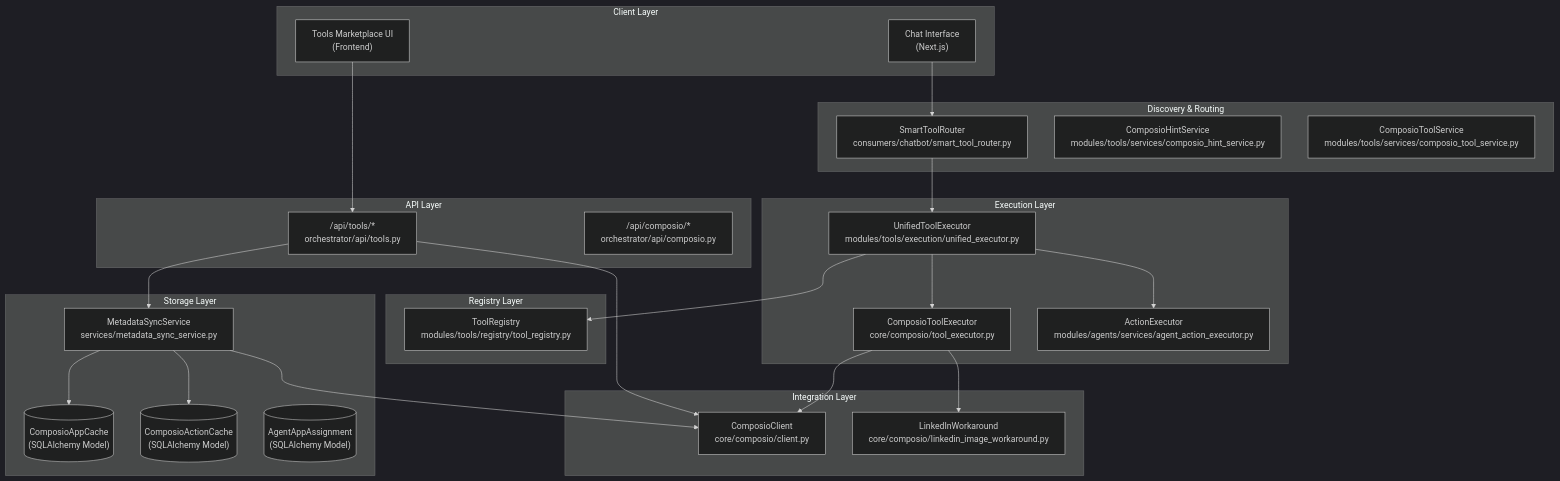
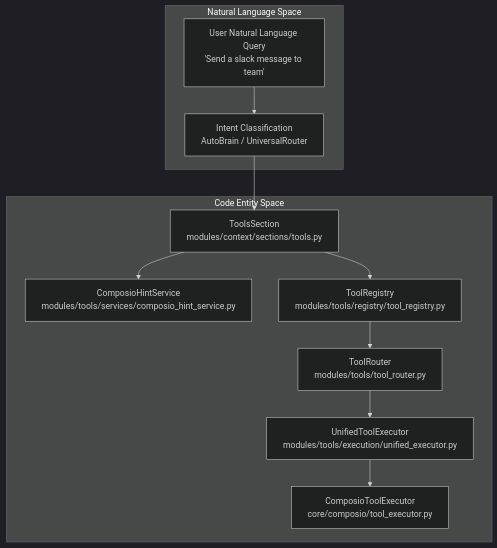
Before and after one commit to AutomatosAI/automatos-ai: the diagram in docs/tools-integrations/_index.md, drawn with Mermaid (dark theme). The commit also changed other lines of this file and 191 other files, not shown here.

````diff
--- a/docs/tools-integrations/_index.md
+++ b/docs/tools-integrations/_index.md
@@ -44,58 +40,24 @@
 ```mermaid
 graph TB
-    subgraph "Client Layer"
-        UI["Tools Marketplace UI<br/>(Frontend)"]
-        ChatUI["Chat Interface<br/>(Next.js)"]
+    subgraph "Natural Language Space"
+        UserQuery["User Natural Language Query<br/>'Send a slack message to team'"]
+        Intent["Intent Classification<br/>AutoBrain / UniversalRouter"]
     end
-    
-    subgraph "API Layer"
-        ToolsAPI["/api/tools/*<br/>orchestrator/api/tools.py"]
-        ComposioAPI_Route["/api/composio/*<br/>orchestrator/api/composio.py"]
+
+    subgraph "Code Entity Space"
+        ToolsSec["ToolsSection<br/>modules/context/sections/tools.py"]
+        HintServ["ComposioHintService<br/>modules/tools/services/composio_hint_service.py"]
+        Registry["ToolRegistry<br/>modules/tools/registry/tool_registry.py"]
+        Router["ToolRouter<br/>modules/tools/tool_router.py"]
+        Executor["UnifiedToolExecutor<br/>modules/tools/execution/unified_executor.py"]
+        ComposioExec["ComposioToolExecutor<br/>core/composio/tool_executor.py"]
     end
-    
-    subgraph "Registry Layer"
-        ToolRegistry["ToolRegistry<br/>modules/tools/registry/tool_registry.py"]
-    end
-    
-    subgraph "Discovery & Routing"
-        SmartToolRouter["SmartToolRouter<br/>consumers/chatbot/smart_tool_router.py"]
-        ComposioHintService["ComposioHintService<br/>modules/tools/services/composio_hint_service.py"]
-        ComposioToolService["ComposioToolService<br/>modules/tools/services/composio_tool_service.py"]
-    end
-    
-    subgraph "Execution Layer"
-        UnifiedExecutor["UnifiedToolExecutor<br/>modules/tools/execution/unified_executor.py"]
-        ComposioToolExecutor["ComposioToolExecutor<br/>core/composio/tool_executor.py"]
-        ActionExecutor["ActionExecutor<br/>modules/agents/services/agent_action_executor.py"]
-    end
-    
-    subgraph "Integration Layer"
-        ComposioClient["ComposioClient<br/>core/composio/client.py"]
-        LinkedInWorkaround["LinkedInWorkaround<br/>core/composio/linkedin_image_workaround.py"]
-    end
-    
-    subgraph "Storage Layer"
-        MetadataSync["MetadataSyncService<br/>services/metadata_sync_service.py"]
-        ComposioAppCache[("ComposioAppCache<br/>(SQLAlchemy Model)")]
-        ComposioActionCache[("ComposioActionCache<br/>(SQLAlchemy Model)")]
-        AgentAppAssignment[("AgentAppAssignment<br/>(SQLAlchemy Model)")]
-    end
-    
-    UI --> ToolsAPI
-    ChatUI --> SmartToolRouter
-    
-    ToolsAPI --> MetadataSync
-    ToolsAPI --> ComposioClient
-    
-    SmartToolRouter --> UnifiedExecutor
-    UnifiedExecutor --> ToolRegistry
-    
-    UnifiedExecutor --> ComposioToolExecutor
-    UnifiedExecutor --> ActionExecutor
-    
-    ComposioToolExecutor --> ComposioClient
-    ComposioToolExecutor --> LinkedInWorkaround
-    MetadataSync --> ComposioClient
-    MetadataSync --> ComposioAppCache
-    MetadataSync --> ComposioActionCache
+
+    UserQuery --> Intent
+    Intent --> ToolsSec
+    ToolsSec --> HintServ
+    ToolsSec --> Registry
+    Registry --> Router
+    Router --> Executor
+    Executor --> ComposioExec
 ```
````
